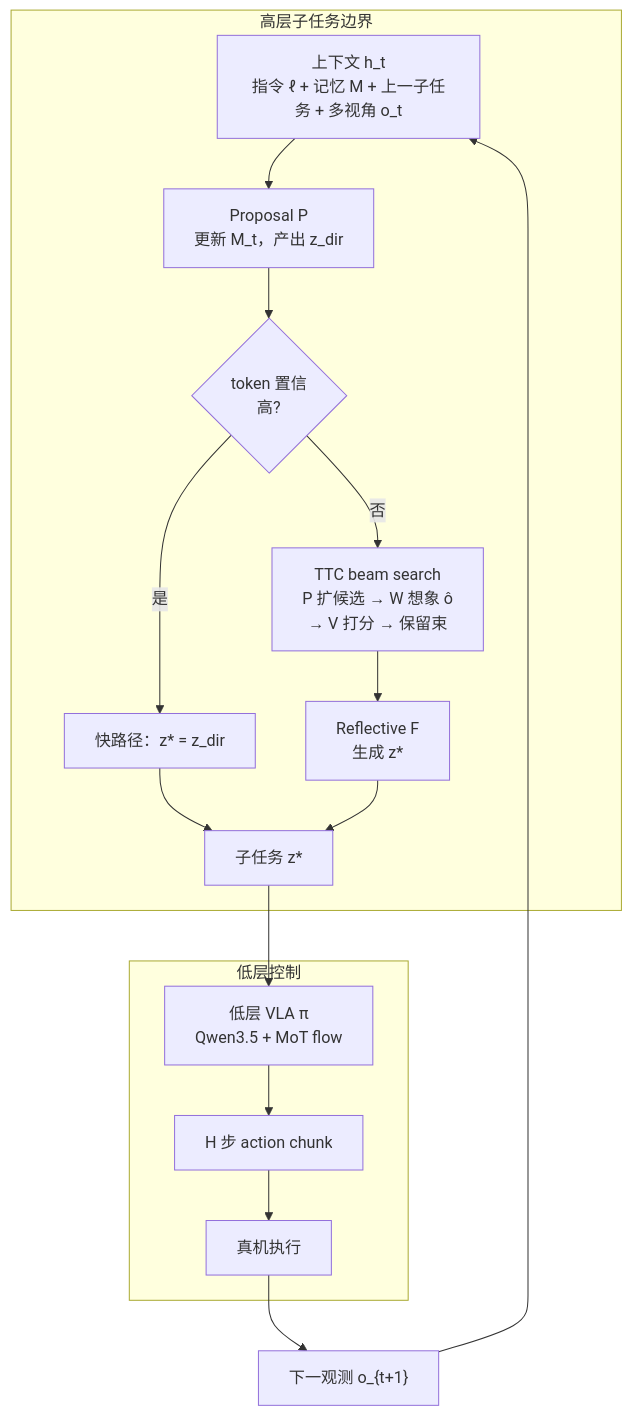
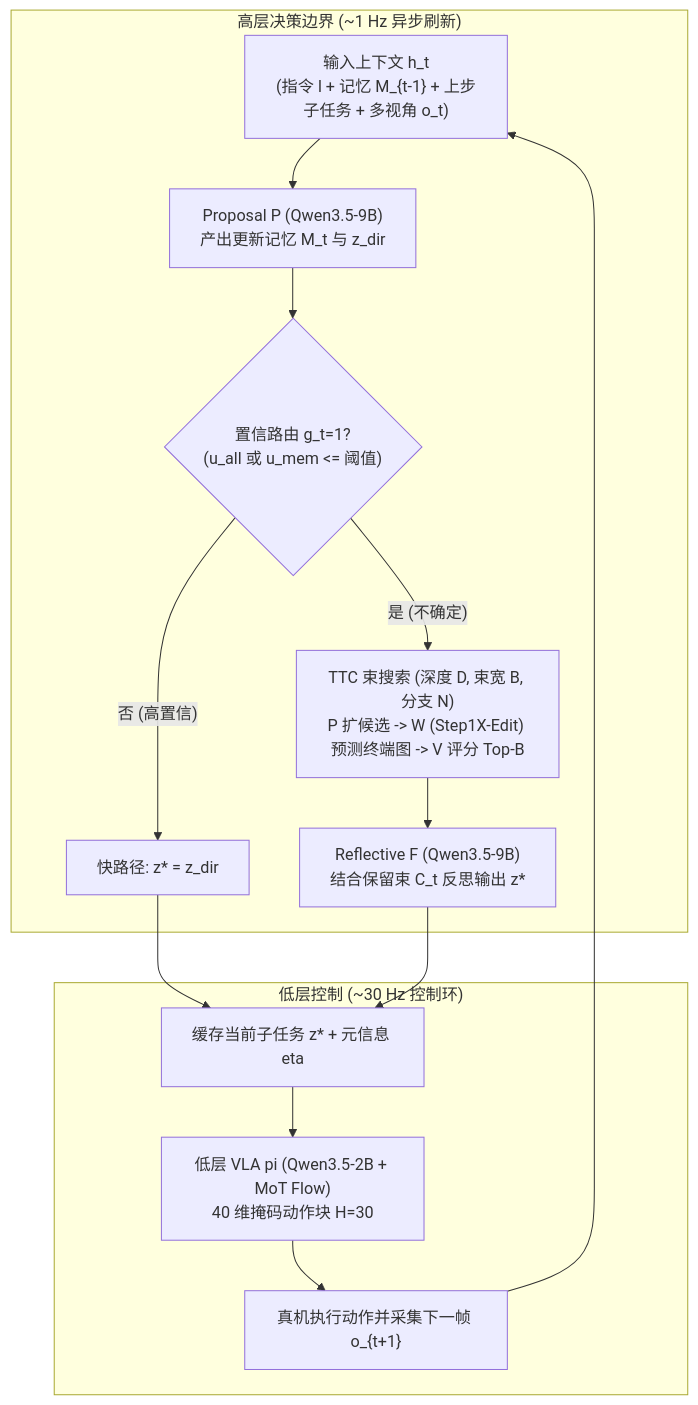
Before and after one commit to ImChong/Robotics_Notebooks: the first of 2 diagrams in wiki/entities/paper-tau0-vla.md, drawn with Mermaid. The commit also changed other lines of this file and 192 other files, not shown here.

Commit message:
[2026-11-14] ingest | roadmap/depth-vla.md — 补齐 VLA 纵深路线全部节点原文证据与满分健康度

````diff
--- a/wiki/entities/paper-tau0-vla.md
+++ b/wiki/entities/paper-tau0-vla.md
@@ -89,23 +86,23 @@
 ```mermaid
 flowchart TB
-  subgraph hl [高层子任务边界]
-    HT["上下文 h_t\n指令 ℓ + 记忆 M + 上一子任务 + 多视角 o_t"]
-    P["Proposal P\n更新 M_t，产出 z_dir"]
-    ROUTE{"token 置信\n高?"}
-    FAST["快路径：z* = z_dir"]
-    SEARCH["TTC beam search\nP 扩候选 → W 想象 ô\n→ V 打分 → 保留束"]
-    F["Reflective F\n生成 z*"]
-    HT --> P --> ROUTE
-    ROUTE -->|是| FAST
-    ROUTE -->|否| SEARCH --> F
-    FAST --> ZSTAR["子任务 z*"]
-    F --> ZSTAR
+  subgraph HL ["高层决策边界 (~1 Hz 异步刷新)"]
+    CTX["输入上下文 h_t\n(指令 l + 记忆 M_{t-1} + 上步子任务 + 多视角 o_t)"]
+    PROP["Proposal P (Qwen3.5-9B)\n产出更新记忆 M_t 与 z_dir"]
+    GATE{"置信路由 g_t=1?\n(u_all 或 u_mem <= 阈值)"}
+    FAST["快路径: z* = z_dir"]
+    SEARCH["TTC 束搜索 (深度 D, 束宽 B, 分支 N)\nP 扩候选 -> W (Step1X-Edit) 预测终端图 -> V 评分 Top-B"]
+    REF["Reflective F (Qwen3.5-9B)\n结合保留束 C_t 反思输出 z*"]
+    CTX --> PROP --> GATE
+    GATE -->|"否 (高置信)"| FAST
+    GATE -->|"是 (不确定)"| SEARCH --> REF
   end
-  subgraph ll [低层控制]
-  ZSTAR --> PI["低层 VLA π\nQwen3.5 + MoT flow"]
-  PI --> CHUNK["H 步 action chunk"]
-  CHUNK --> EXEC["真机执行"]
+  subgraph LL ["低层控制 (~30 Hz 控制环)"]
+    CMD["缓存当前子任务 z* + 元信息 eta"]
+    MOT["低层 VLA pi (Qwen3.5-2B + MoT Flow)\n40 维掩码动作块 H=30"]
+    EXEC["真机执行动作并采集下一帧 o_{t+1}"]
+    FAST --> CMD
+    REF --> CMD
+    CMD --> MOT --> EXEC
   end
-  EXEC --> OBS["下一观测 o_{t+1}"]
-  OBS --> HT
+  EXEC --> CTX
 ```
````
